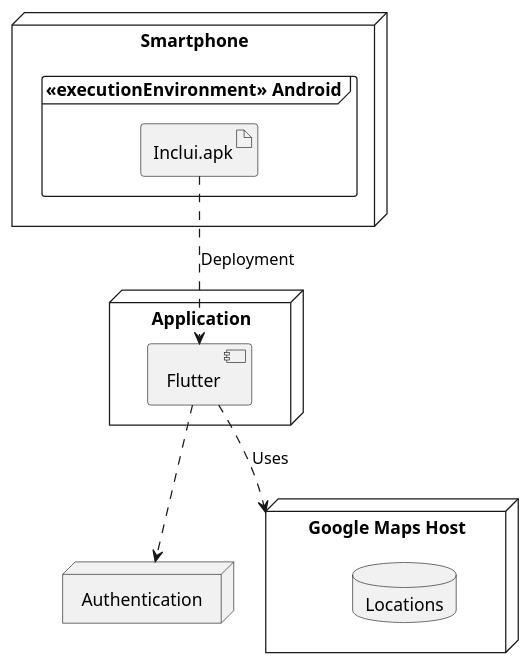
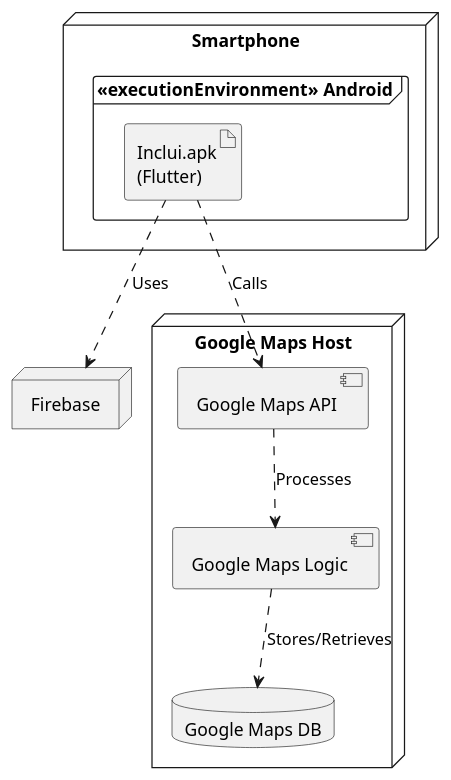
Before and after one commit to simaopsbarbosa/Inclui: the diagram in docs/uml/physicalModel.puml, drawn with PlantUML.

Commit message:
fixes physicalModel

```diff
--- a/docs/uml/physicalModel.puml
+++ b/docs/uml/physicalModel.puml
@@ -1,25 +1,23 @@
-@startuml PhysicalModel
+@startuml physicalModel
 
 node "Smartphone" {
     frame "<<executionEnvironment>> Android" {
-        artifact "Inclui.apk"
+        artifact "Inclui.apk\n(Flutter)"
     }
 }
 
-node "Application" {
-    component "Flutter"
+node "Firebase"
+
+node "Google Maps Host" {
+    component "Google Maps API"
+    component "Google Maps Logic"
+    database "Google Maps DB"
 }
 
-node "Google Maps Host" {
-    database "Locations"
-}
-
-
-node "Authentication"
-
 ' Connections
-"Inclui.apk" ..> "Flutter" : Deployment
-"Flutter" ..> "Google Maps Host" : Uses
-"Flutter" ..> "Authentication"
+"Inclui.apk\n(Flutter)" ..> "Firebase" : Uses
+"Inclui.apk\n(Flutter)" ..> "Google Maps API" : Calls
+"Google Maps API" ..> "Google Maps Logic" : Processes
+"Google Maps Logic" ..> "Google Maps DB" : Stores/Retrieves
 
 @enduml
```
